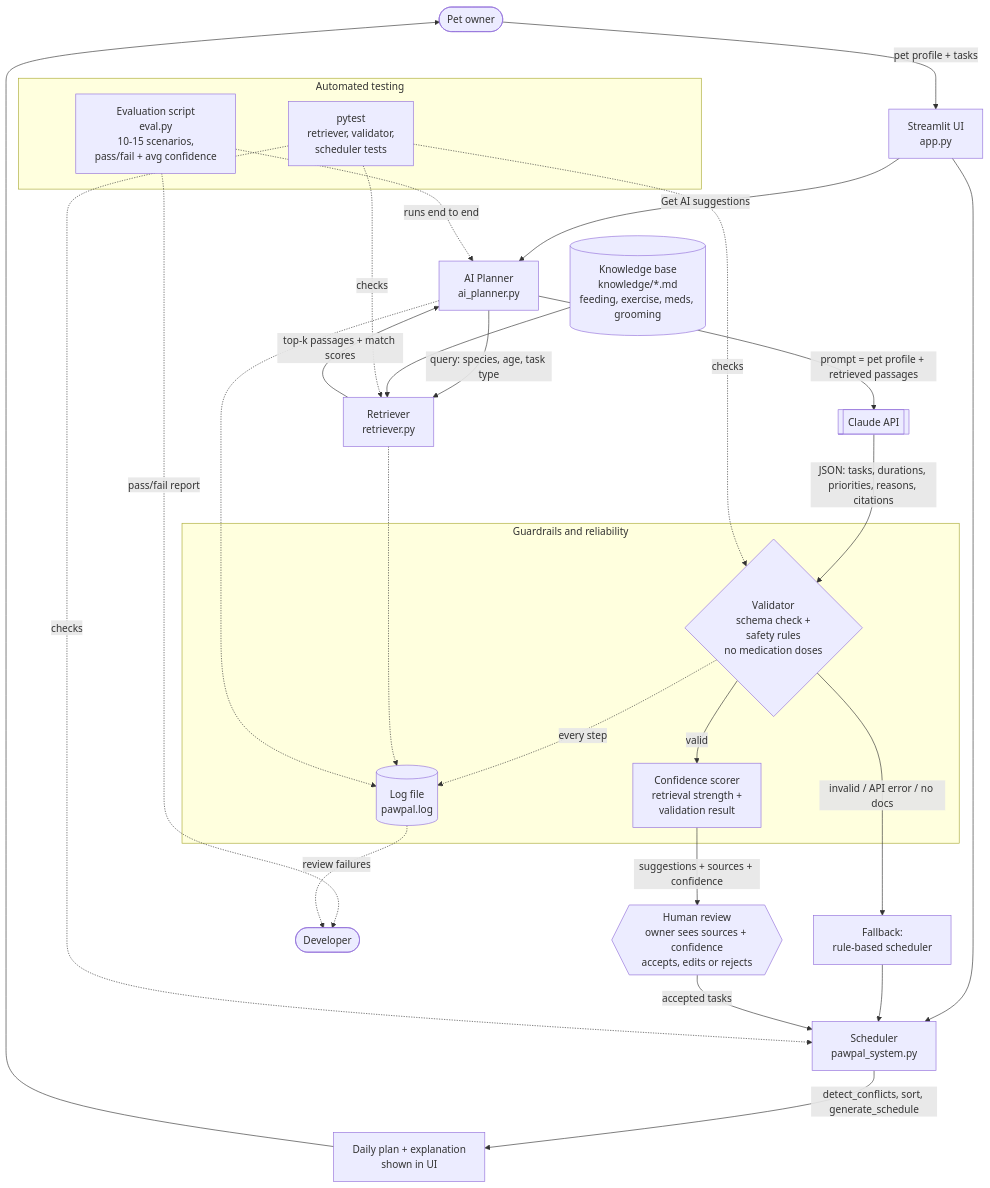
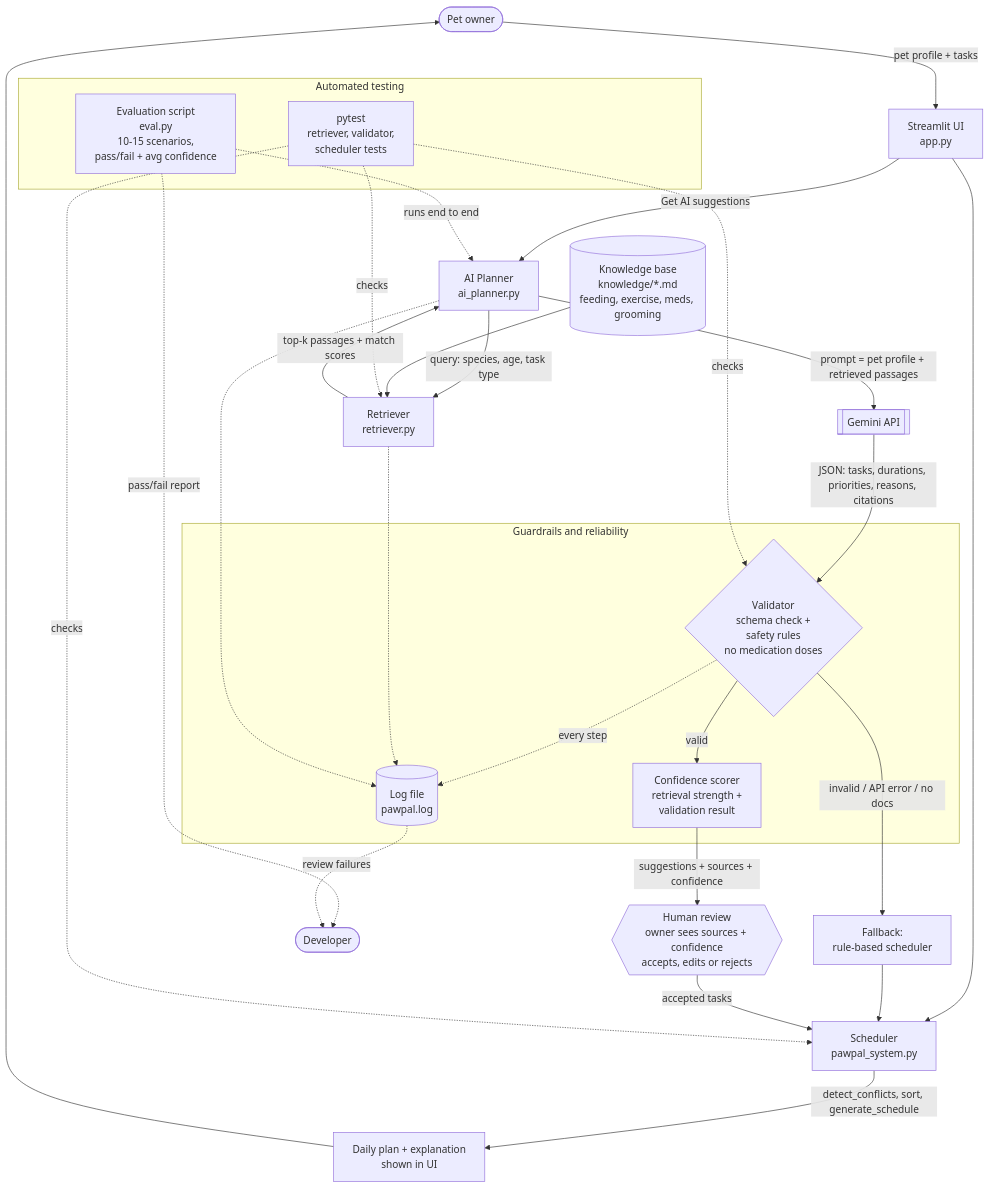
Before and after one commit to RuniJiang/applied-ai-system-project: the diagram in diagrams/system_diagram.mmd, drawn with Mermaid. The commit also changed 16 other files, not shown here.

```diff
--- a/diagrams/system_diagram.mmd
+++ b/diagrams/system_diagram.mmd
@@ -1,47 +1,47 @@
 flowchart TD
     %% ---------- INPUT ----------
     U([Pet owner]) -->|pet profile + tasks| UI[Streamlit UI<br/>app.py]
     UI --> SCH[Scheduler<br/>pawpal_system.py]
 
     %% ---------- RAG PIPELINE ----------
     UI -->|"Get AI suggestions"| PLAN[AI Planner<br/>ai_planner.py]
     KB[(Knowledge base<br/>knowledge/*.md<br/>feeding, exercise, meds, grooming)]
     PLAN -->|query: species, age, task type| RET[Retriever<br/>retriever.py]
     KB --> RET
     RET -->|top-k passages + match scores| PLAN
-    PLAN -->|prompt = pet profile + retrieved passages| LLM[[Claude API]]
+    PLAN -->|prompt = pet profile + retrieved passages| LLM[[Gemini API]]
     LLM -->|JSON: tasks, durations, priorities, reasons, citations| GRD
 
     %% ---------- GUARDRAILS ----------
     subgraph GUARDS [Guardrails and reliability]
         GRD{Validator<br/>schema check +<br/>safety rules<br/>no medication doses}
         CONF[Confidence scorer<br/>retrieval strength +<br/>validation result]
         LOG[(Log file<br/>pawpal.log)]
     end
     GRD -->|valid| CONF
     GRD -->|invalid / API error / no docs| FALL[Fallback:<br/>rule-based scheduler]
     GRD -.->|every step| LOG
     RET -.-> LOG
     PLAN -.-> LOG
 
     %% ---------- OUTPUT ----------
     CONF -->|suggestions + sources + confidence| REVIEW
     FALL --> SCH
     SCH -->|detect_conflicts, sort, generate_schedule| OUT[Daily plan + explanation<br/>shown in UI]
 
     %% ---------- HUMAN CHECKPOINT ----------
     REVIEW{{Human review<br/>owner sees sources + confidence<br/>accepts, edits or rejects}}
     REVIEW -->|accepted tasks| SCH
     OUT --> U
 
     %% ---------- TESTING ----------
     subgraph TEST [Automated testing]
         PYT[pytest<br/>retriever, validator,<br/>scheduler tests]
         EVAL[Evaluation script<br/>eval.py<br/>10-15 scenarios,<br/>pass/fail + avg confidence]
     end
     PYT -.->|checks| RET
     PYT -.->|checks| GRD
     PYT -.->|checks| SCH
     EVAL -.->|runs end to end| PLAN
     EVAL -.->|pass/fail report| DEV([Developer])
     LOG -.->|review failures| DEV
```
